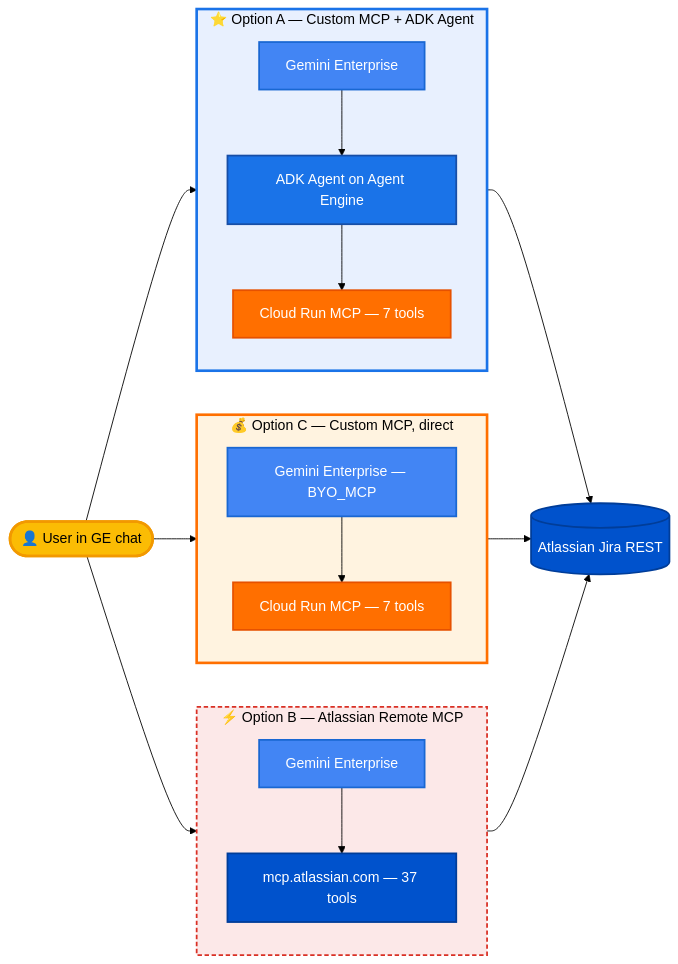
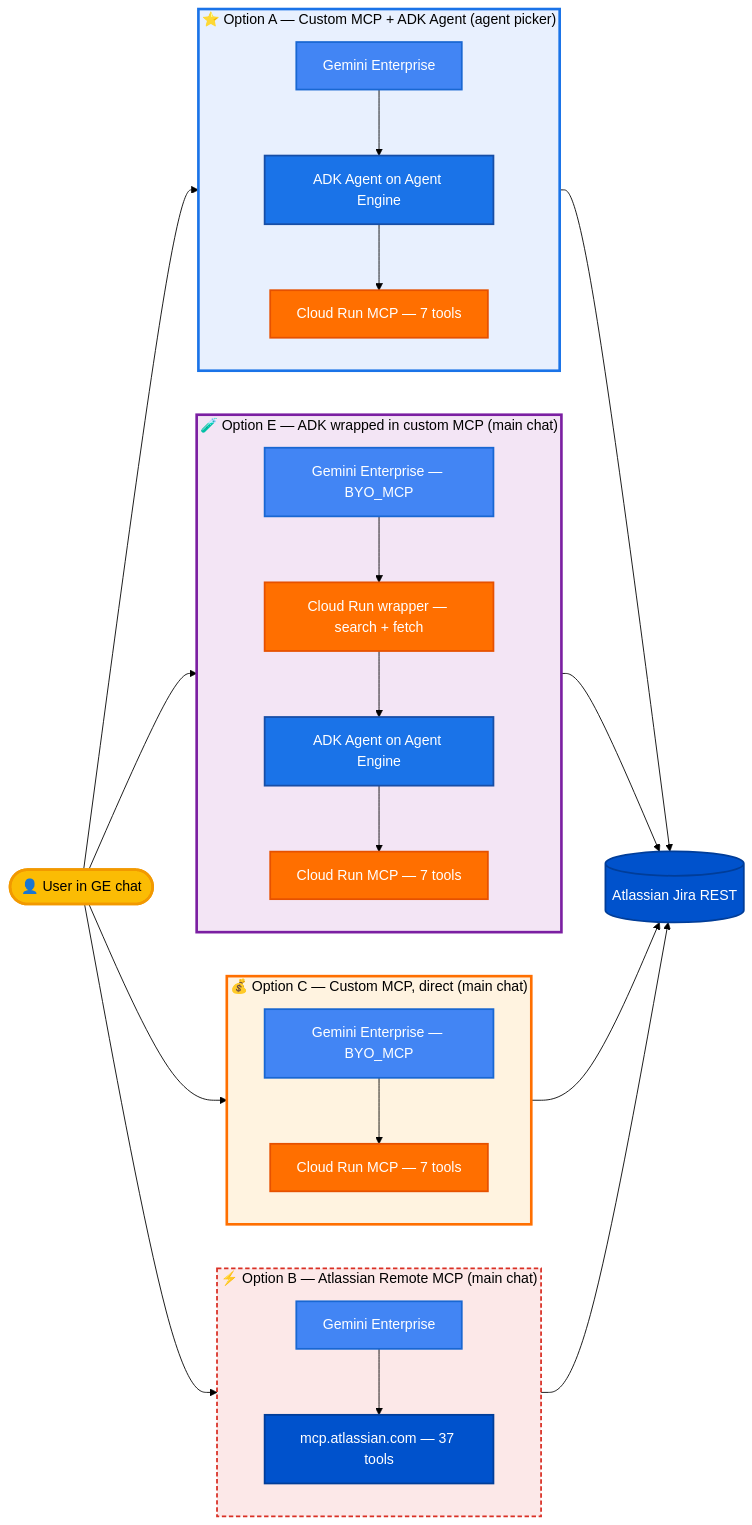
The diagram in semiautonomous-agents/atlassian-jira-integration/README.md (jchavezar/vertex-ai-samples), drawn with Mermaid (forest theme) before and after one commit. The commit also changed other lines of this file and 9 other files, not shown here.

````diff
--- a/semiautonomous-agents/atlassian-jira-integration/README.md
+++ b/semiautonomous-agents/atlassian-jira-integration/README.md
@@ -9,38 +9,48 @@
 ```mermaid
 flowchart LR
   user(["👤 User in GE chat"]):::user
 
-  subgraph A ["⭐ Option A — Custom MCP + ADK Agent"]
+  subgraph A ["⭐ Option A — Custom MCP + ADK Agent (agent picker)"]
     direction TB
     ge_a["Gemini Enterprise"]:::ge --> ae["ADK Agent on Agent Engine"]:::ae
     ae --> mcp_a["Cloud Run MCP — 7 tools"]:::cr
   end
 
-  subgraph C ["💰 Option C — Custom MCP, direct"]
+  subgraph E ["🧪 Option E — ADK wrapped in custom MCP (main chat)"]
+    direction TB
+    ge_e["Gemini Enterprise — BYO_MCP"]:::ge --> wrap["Cloud Run wrapper — search + fetch"]:::cr
+    wrap --> ae_e["ADK Agent on Agent Engine"]:::ae
+    ae_e --> mcp_e["Cloud Run MCP — 7 tools"]:::cr
+  end
+
+  subgraph C ["💰 Option C — Custom MCP, direct (main chat)"]
     direction TB
     ge_c["Gemini Enterprise — BYO_MCP"]:::ge --> mcp_c["Cloud Run MCP — 7 tools"]:::cr
   end
 
-  subgraph B ["⚡ Option B — Atlassian Remote MCP"]
+  subgraph B ["⚡ Option B — Atlassian Remote MCP (main chat)"]
     direction TB
     ge_b["Gemini Enterprise"]:::ge --> rmcp["mcp.atlassian.com — 37 tools"]:::rmcp
   end
 
   user --> A
+  user --> E
   user --> C
   user --> B
 
   A --> jira[("Atlassian Jira REST")]:::jira
+  E --> jira
   C --> jira
   B --> jira
 
   classDef user fill:#FBBC04,stroke:#F29900,stroke-width:3px,color:#000
   classDef ge fill:#4285F4,stroke:#1967D2,stroke-width:2px,color:#fff
   classDef ae fill:#1A73E8,stroke:#174EA6,stroke-width:2px,color:#fff
   classDef cr fill:#FF6F00,stroke:#E65100,stroke-width:2px,color:#fff
   classDef rmcp fill:#0052CC,stroke:#003D99,stroke-width:2px,color:#fff
   classDef jira fill:#0052CC,stroke:#003D99,stroke-width:2px,color:#fff
   style A fill:#E8F0FE,stroke:#1A73E8,stroke-width:3px,color:#000
+  style E fill:#F3E5F5,stroke:#7B1FA2,stroke-width:3px,color:#000
   style C fill:#FFF3E0,stroke:#FF6F00,stroke-width:3px,color:#000
   style B fill:#FCE8E8,stroke:#D93025,stroke-width:2px,stroke-dasharray:5 3,color:#000
 ```
````
